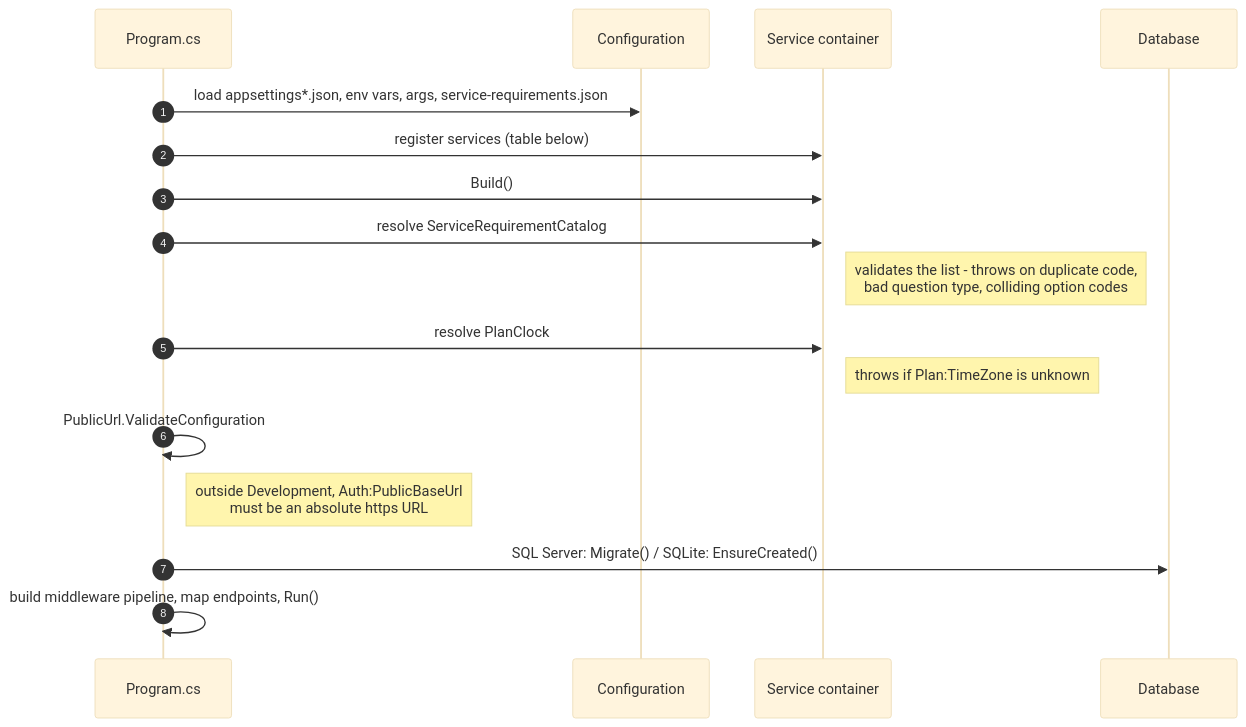
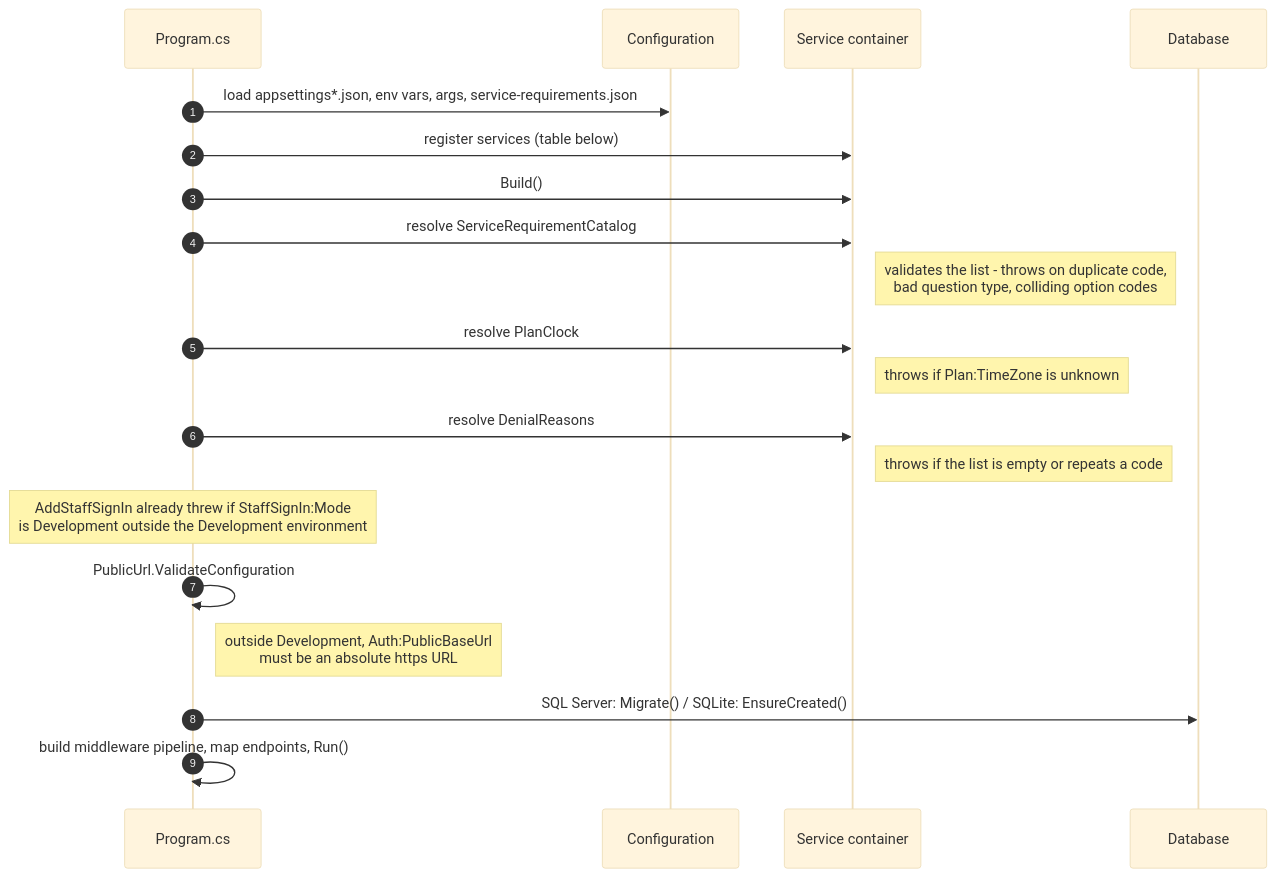
One commit to tngo0508/prior-auth-api changed the second of 10 diagrams in docs/08-codebase-guide.md. Above: the diagram before and after it, drawn with Mermaid (base theme). The commit also changed other lines of this file and 56 other files, not shown here.

First line of the commit message:
Add staff sign-in and the reviewer portal

````diff
--- a/docs/08-codebase-guide.md
+++ b/docs/08-codebase-guide.md
@@ -125,19 +136,22 @@
 ```mermaid
 sequenceDiagram
     autonumber
     participant P as Program.cs
     participant C as Configuration
     participant DI as Service container
     participant DB as Database
     P->>C: load appsettings*.json, env vars, args, service-requirements.json
     P->>DI: register services (table below)
     P->>DI: Build()
     P->>DI: resolve ServiceRequirementCatalog
     Note right of DI: validates the list - throws on duplicate code,<br/>bad question type, colliding option codes
     P->>DI: resolve PlanClock
     Note right of DI: throws if Plan:TimeZone is unknown
+    P->>DI: resolve DenialReasons
+    Note right of DI: throws if the list is empty or repeats a code
+    Note over P: AddStaffSignIn already threw if StaffSignIn:Mode<br/>is Development outside the Development environment
     P->>P: PublicUrl.ValidateConfiguration
     Note right of P: outside Development, Auth:PublicBaseUrl<br/>must be an absolute https URL
     P->>DB: SQL Server: Migrate()  /  SQLite: EnsureCreated()
     P->>P: build middleware pipeline, map endpoints, Run()
 ```
````
